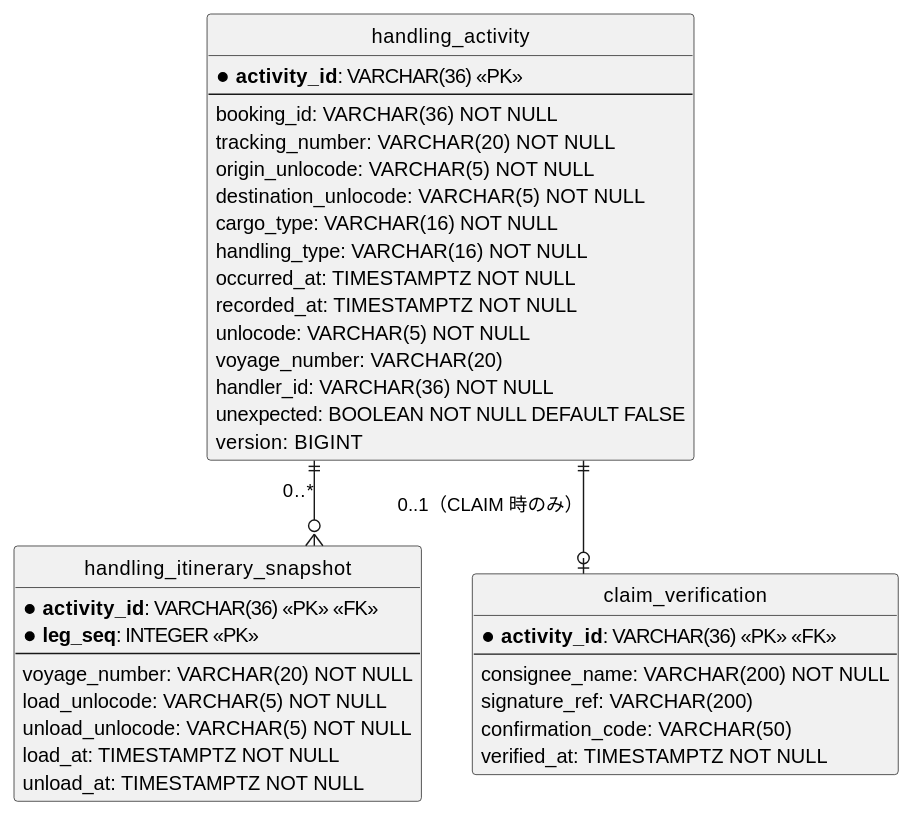
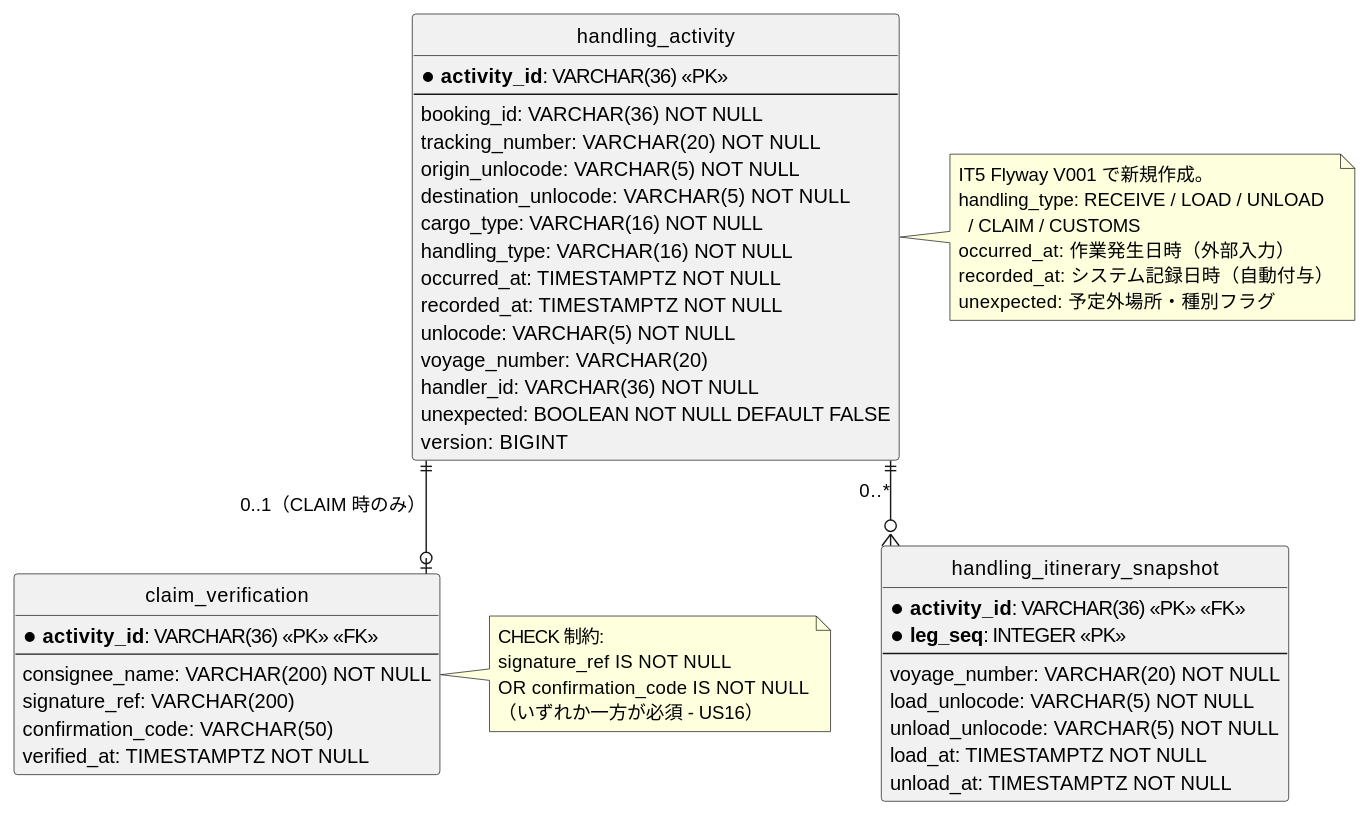
The fourth of 9 diagrams in docs/development/iteration_plan-5.md (k2works/case-study-cargo-tracker), drawn with PlantUML before and after one commit. The commit also changed other lines of this file, not shown here.

Commit message:
docs(iteration-5): IT4 品質水準に合わせ設計セクションを全面拡充（ドメインモデル・状態遷移・ER・ワイヤーフレーム・インタラクション図）

````diff
--- a/docs/development/iteration_plan-5.md
+++ b/docs/development/iteration_plan-5.md
@@ -304,50 +391,67 @@
 ```plantuml
 @startuml
 hide circle
 skinparam linetype ortho
 
 entity "handling_activity" as ha {
   * **activity_id**: VARCHAR(36) <<PK>>
   --
   ' CargoSnapshot ACL の射影
   booking_id: VARCHAR(36) NOT NULL
   tracking_number: VARCHAR(20) NOT NULL
   origin_unlocode: VARCHAR(5) NOT NULL
   destination_unlocode: VARCHAR(5) NOT NULL
   cargo_type: VARCHAR(16) NOT NULL
   ' 荷役作業本体
   handling_type: VARCHAR(16) NOT NULL
+  ' RECEIVE / LOAD / UNLOAD / CLAIM / CUSTOMS
   occurred_at: TIMESTAMPTZ NOT NULL
   recorded_at: TIMESTAMPTZ NOT NULL
   unlocode: VARCHAR(5) NOT NULL
   voyage_number: VARCHAR(20)
   handler_id: VARCHAR(36) NOT NULL
   ' フラグ
   unexpected: BOOLEAN NOT NULL DEFAULT FALSE
   version: BIGINT
 }
 
 entity "handling_itinerary_snapshot" as his {
   * **activity_id**: VARCHAR(36) <<PK>> <<FK>>
   * **leg_seq**: INTEGER <<PK>>
   --
   voyage_number: VARCHAR(20) NOT NULL
   load_unlocode: VARCHAR(5) NOT NULL
   unload_unlocode: VARCHAR(5) NOT NULL
   load_at: TIMESTAMPTZ NOT NULL
   unload_at: TIMESTAMPTZ NOT NULL
 }
 
 entity "claim_verification" as cv {
   * **activity_id**: VARCHAR(36) <<PK>> <<FK>>
   --
   consignee_name: VARCHAR(200) NOT NULL
   signature_ref: VARCHAR(200)
   confirmation_code: VARCHAR(50)
   verified_at: TIMESTAMPTZ NOT NULL
 }
 
 ha ||--o{ his : "0..*"
 ha ||--o| cv : "0..1（CLAIM 時のみ）"
+
+note right of ha
+  IT5 Flyway V001 で新規作成。
+  handling_type: RECEIVE / LOAD / UNLOAD
+    / CLAIM / CUSTOMS
+  occurred_at: 作業発生日時（外部入力）
+  recorded_at: システム記録日時（自動付与）
+  unexpected: 予定外場所・種別フラグ
+end note
+
+note right of cv
+  CHECK 制約:
+  signature_ref IS NOT NULL
+  OR confirmation_code IS NOT NULL
+  （いずれか一方が必須 - US16）
+end note
 @enduml
 ```
````
